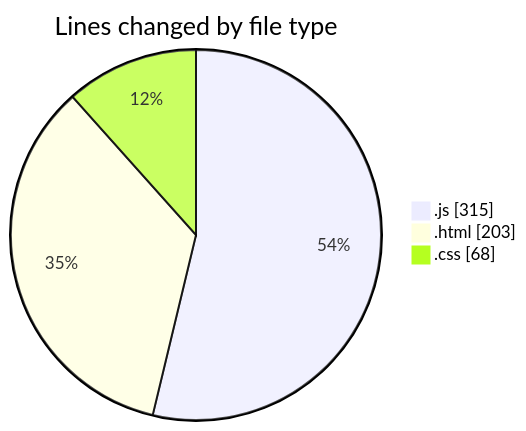
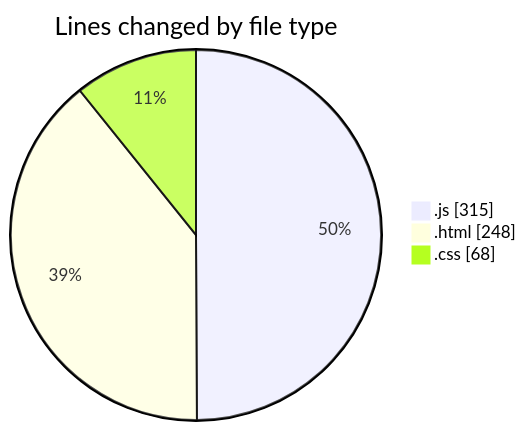
Before and after one commit to Ritupan-Deka/code-tracking: the first of 2 diagrams in 2025-01-24/projects/README.md, drawn with Mermaid. The commit also changed other lines of this file and 1 other file, not shown here.

````diff
--- a/2025-01-24/projects/README.md
+++ b/2025-01-24/projects/README.md
@@ -30,7 +30,7 @@
 ```mermaid
 pie showData
 title Lines changed by file type
 ".js" : 315
-".html" : 203
+".html" : 248
 ".css" : 68
 ```
````
